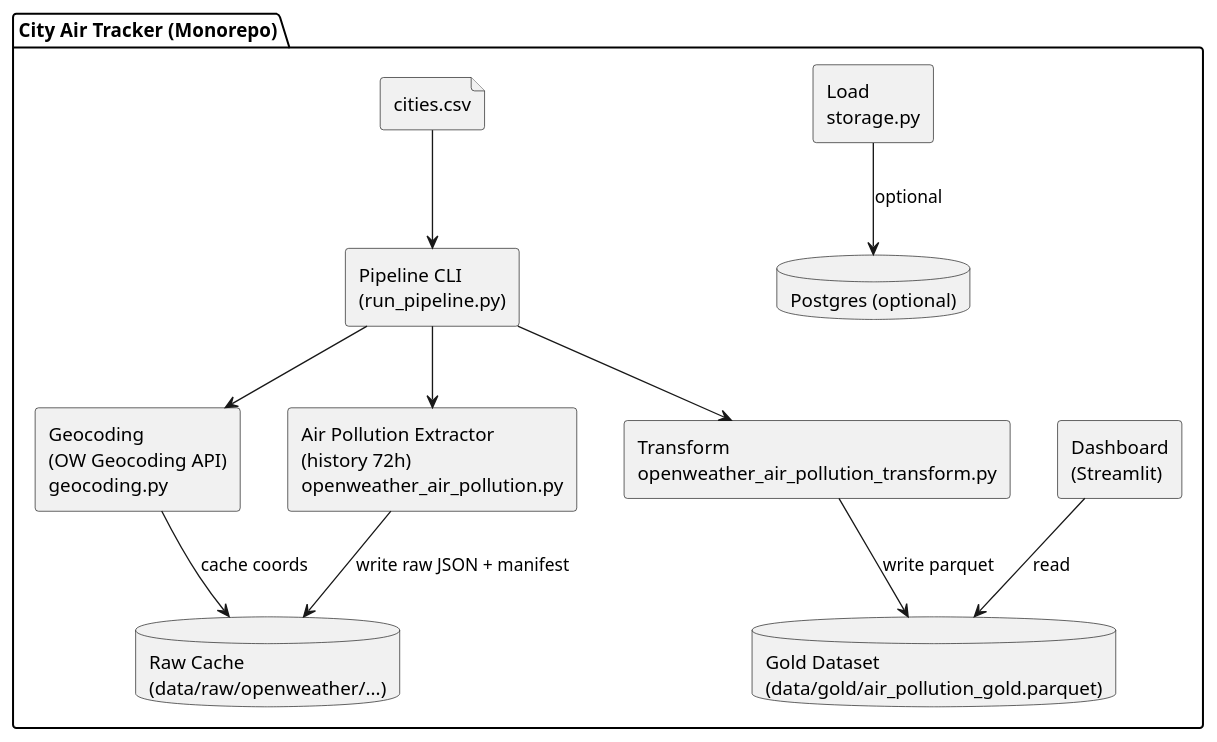
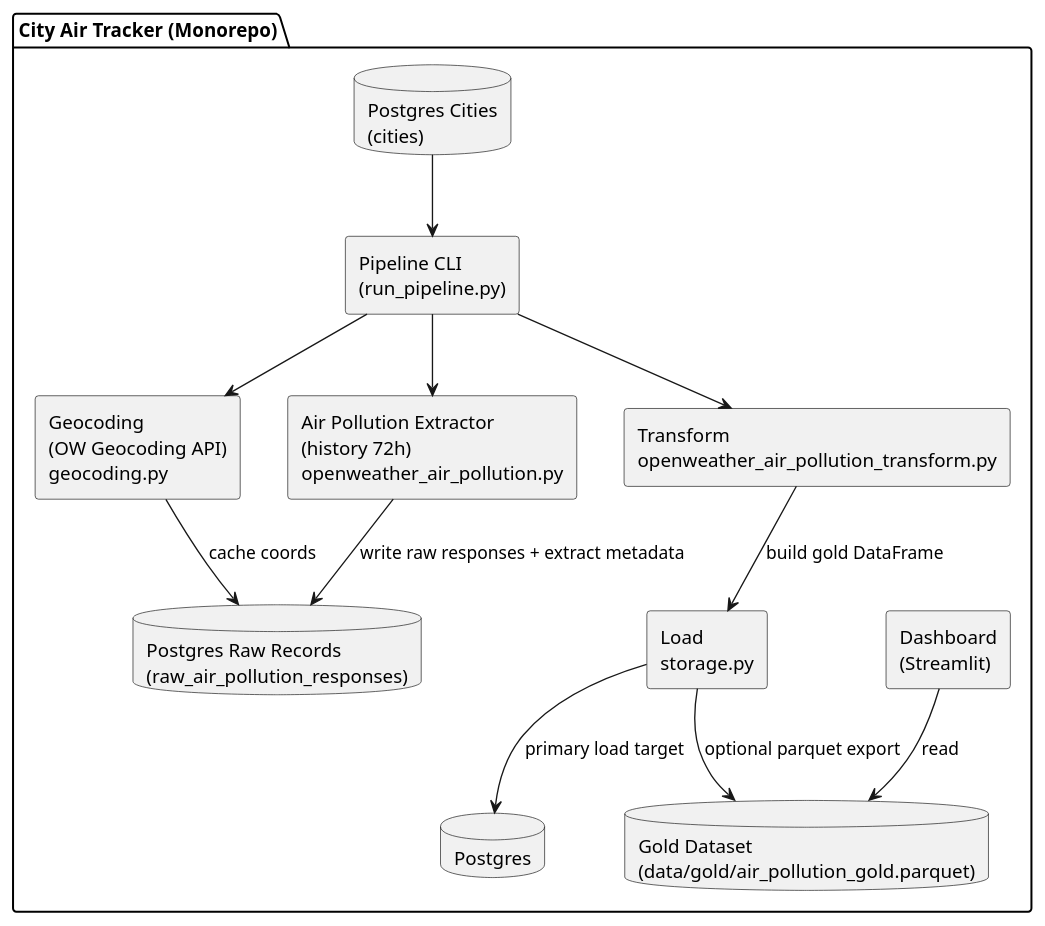
One commit to Code-the-Dream-School/practicum-city-air-tracker changed the first of 2 diagrams in docs/architecture/architecture.md. Above: the diagram before and after it, drawn with PlantUML. The commit also changed other lines of this file and 5 other files, not shown here.

Commit message:
AIR-012.8 Refactor transform for PostgreSQL raw records

````diff
--- a/docs/architecture/architecture.md
+++ b/docs/architecture/architecture.md
@@ -5,29 +5,30 @@
 ```plantuml
 @startuml
 skinparam componentStyle rectangle
 
 package "City Air Tracker (Monorepo)" {
   [Pipeline CLI\n(run_pipeline.py)] as cli
   component "Geocoding\n(OW Geocoding API)\ngeocoding.py" as geo
   component "Air Pollution Extractor\n(history 72h)\nopenweather_air_pollution.py" as ex
   component "Transform\nopenweather_air_pollution_transform.py" as tr
   component "Load\nstorage.py" as ld
-  database "Raw Cache\n(data/raw/openweather/...)" as raw
+  database "Postgres Raw Records\n(raw_air_pollution_responses)" as raw
   database "Gold Dataset\n(data/gold/air_pollution_gold.parquet)" as gold
-  database "Postgres (optional)" as pg
+  database "Postgres" as pg
   component "Dashboard\n(Streamlit)" as dash
-  file "cities.csv" as cities
+  database "Postgres Cities\n(cities)" as cities
 }
 
 cities --> cli
 cli --> geo
 geo --> raw : cache coords
 cli --> ex
-ex --> raw : write raw JSON + manifest
+ex --> raw : write raw responses + extract metadata
 cli --> tr
-tr --> gold : write parquet
-ld --> pg : optional
+tr --> ld : build gold DataFrame
+ld --> gold : optional parquet export
+ld --> pg : primary load target
 dash --> gold : read
 
 @enduml
 ```
````
